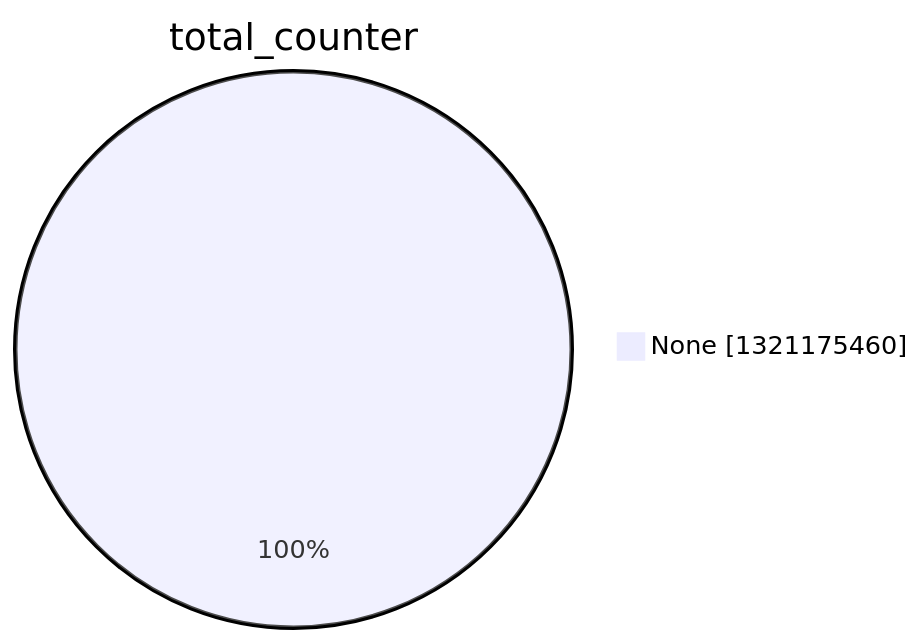
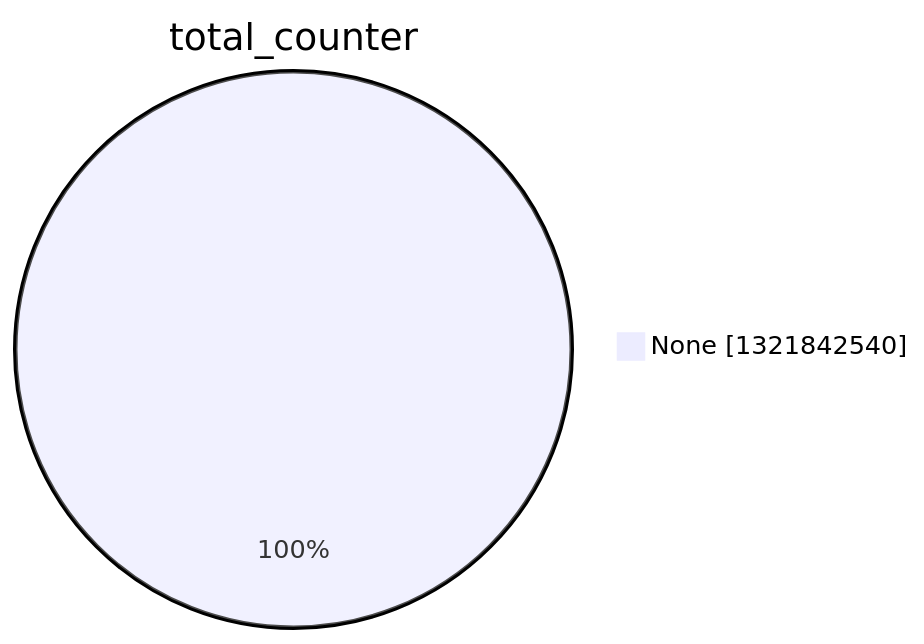
The second of 15 diagrams in argon2022/README.md (christiankrug/ctmonitor_visualization), drawn with Mermaid before and after one commit. The commit also changed other lines of this file, not shown here.

````diff
--- a/argon2022/README.md
+++ b/argon2022/README.md
@@ -9,5 +9,5 @@
 ```mermaid
 pie showData
 title total_counter
-"None" :1321175460
+"None" :1321842540
 ```
````
